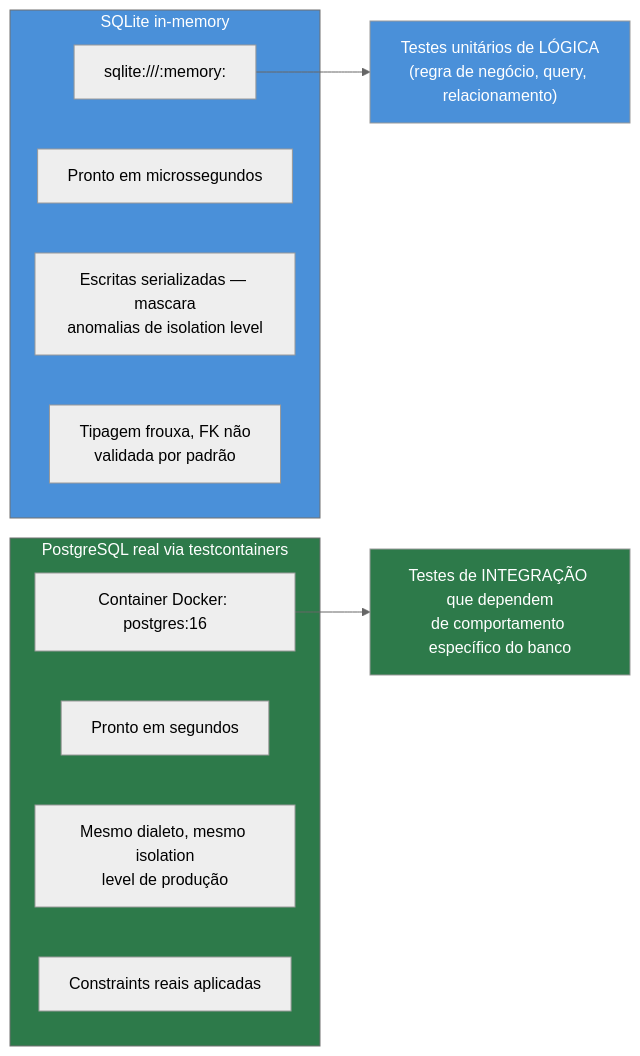
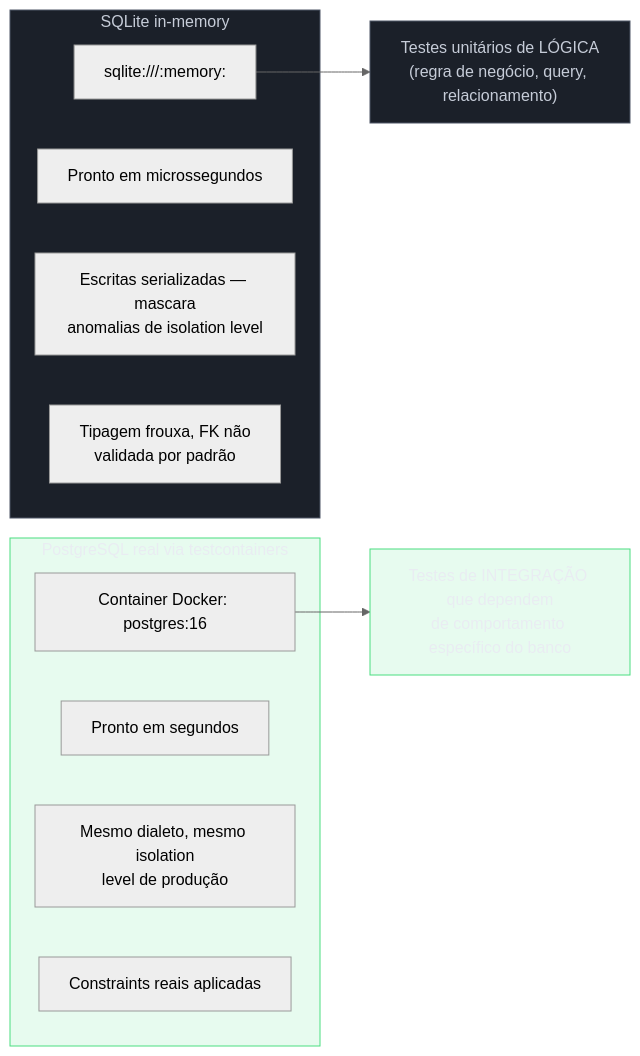
One commit to josenaldo/codex-technomanticus changed the first of 2 diagrams in 03-Dominios/Tecnologia/Python/Testes/06 - Testando a camada de persistência — banco de teste e rollback.md. Above: the diagram before and after it, drawn with Mermaid (neutral theme). The commit also changed 1181 other files, not shown here.

First line of the commit message:
fix(diagramas): paleta do sistema no lugar de cor cravada no markdown

````diff
--- a/03-Dominios/Tecnologia/Python/Testes/06 - Testando a camada de persistência — banco de teste e rollback.md
+++ b/03-Dominios/Tecnologia/Python/Testes/06 - Testando a camada de persistência — banco de teste e rollback.md
@@ -116,24 +116,26 @@
 ```mermaid
 flowchart LR
+    classDef neutro fill:#1B2029,stroke:#4E5666,color:#C6CCD8
+    classDef ok fill:#4ADE8021,stroke:#4ADE80,color:#E9ECF2
     subgraph SQLITE["SQLite in-memory"]
         S1["sqlite:///:memory:"]
         S2["Pronto em microssegundos"]
         S3["Escritas serializadas — mascara\nanomalias de isolation level"]
         S4["Tipagem frouxa, FK não\nvalidada por padrão"]
     end
 
     subgraph PG["PostgreSQL real via testcontainers"]
         P1["Container Docker: postgres:16"]
         P2["Pronto em segundos"]
         P3["Mesmo dialeto, mesmo isolation\nlevel de produção"]
         P4["Constraints reais aplicadas"]
     end
 
     S1 --> USO1["Testes unitários de LÓGICA\n(regra de negócio, query, relacionamento)"]
     P1 --> USO2["Testes de INTEGRAÇÃO que dependem\nde comportamento específico do banco"]
 
-    style SQLITE fill:#4A90D9,color:#fff
-    style PG fill:#2d7a4a,color:#fff
-    style USO1 fill:#4A90D9,color:#fff
-    style USO2 fill:#2d7a4a,color:#fff
+    class SQLITE neutro
+    class PG ok
+    class USO1 neutro
+    class USO2 ok
 ```
````
